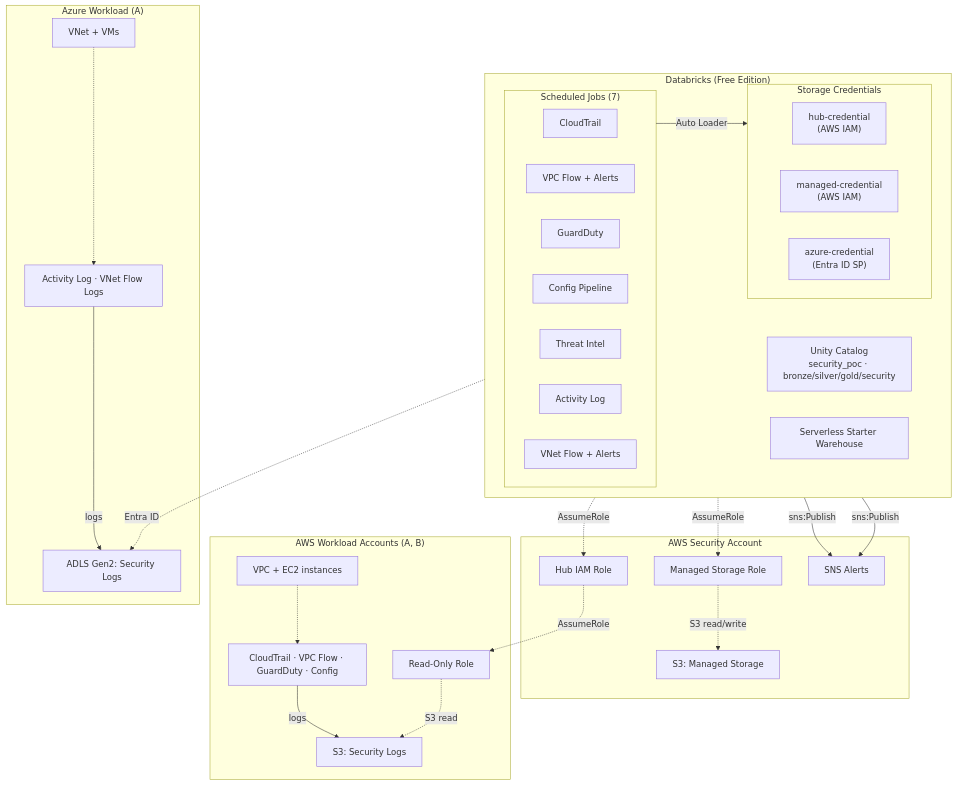
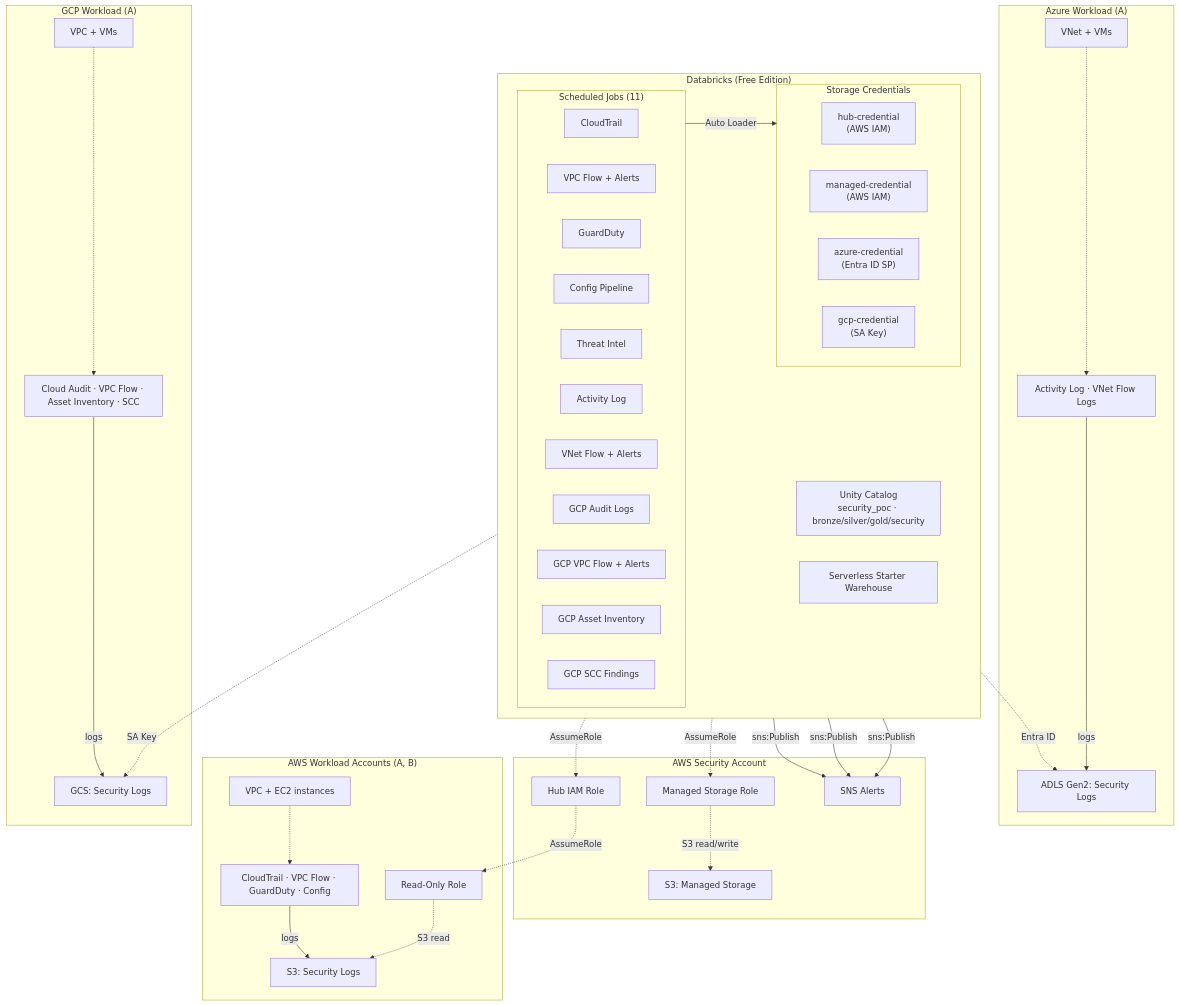
Before and after one commit to snk5125/security-data-platform: the diagram in README.md, drawn with Mermaid. The commit also changed other lines of this file and 68 other files, not shown here.

````diff
--- a/README.md
+++ b/README.md
@@ -26,48 +26,59 @@
 ```mermaid
 graph TB
     subgraph DBX ["Databricks (Free Edition)"]
         direction LR
         UC["Unity Catalog<br/>security_poc · bronze/silver/gold/security"]
         DW["Serverless Starter Warehouse"]
 
-        subgraph JOBS ["Scheduled Jobs (7)"]
+        subgraph JOBS ["Scheduled Jobs (11)"]
             J1["CloudTrail"] & J2["VPC Flow + Alerts"] & J3["GuardDuty"]
             J4["Config Pipeline"] & J5["Threat Intel"]
             J6["Activity Log"] & J7["VNet Flow + Alerts"]
+            J8["GCP Audit Logs"] & J9["GCP VPC Flow + Alerts"]
+            J10["GCP Asset Inventory"] & J11["GCP SCC Findings"]
         end
 
         subgraph CREDS ["Storage Credentials"]
             HC["hub-credential<br/>(AWS IAM)"]
             MC["managed-credential<br/>(AWS IAM)"]
             AZC["azure-credential<br/>(Entra ID SP)"]
+            GCPCRED["gcp-credential<br/>(SA Key)"]
         end
     end
 
     subgraph SEC ["AWS Security Account"]
         HUB["Hub IAM Role"] & MSR["Managed Storage Role"]
         S3M["S3: Managed Storage"] & SNS["SNS Alerts"]
     end
 
     subgraph WK ["AWS Workload Accounts (A, B)"]
         EC2["VPC + EC2 instances"]
         DS_AWS["CloudTrail · VPC Flow · GuardDuty · Config"]
         S3W["S3: Security Logs"] & RO["Read-Only Role"]
     end
 
     subgraph AZ ["Azure Workload (A)"]
         VMS["VNet + VMs"]
         DS_AZ["Activity Log · VNet Flow Logs"]
         ADLS["ADLS Gen2: Security Logs"]
     end
 
+    subgraph GCP ["GCP Workload (A)"]
+        GCPVMS["VPC + VMs"]
+        DS_GCP["Cloud Audit · VPC Flow · Asset Inventory · SCC"]
+        GCS["GCS: Security Logs"]
+    end
+
     HC -.->|"AssumeRole"| HUB
     MC -.->|"AssumeRole"| MSR
     HUB -.->|"AssumeRole"| RO
     RO -.->|"S3 read"| S3W
     MSR -.->|"S3 read/write"| S3M
     AZC -.->|"Entra ID"| ADLS
+    GCPCRED -.->|"SA Key"| GCS
     EC2 -.-> DS_AWS -->|"logs"| S3W
     VMS -.-> DS_AZ -->|"logs"| ADLS
-    J2 & J7 -->|"sns:Publish"| SNS
+    GCPVMS -.-> DS_GCP -->|"logs"| GCS
+    J2 & J7 & J9 -->|"sns:Publish"| SNS
     JOBS -->|"Auto Loader"| CREDS
 ```
````
